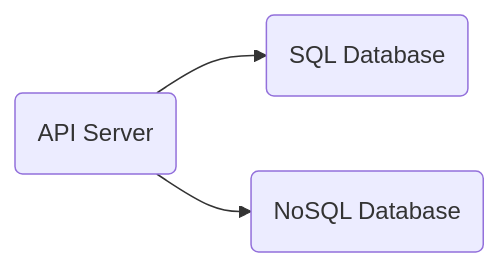
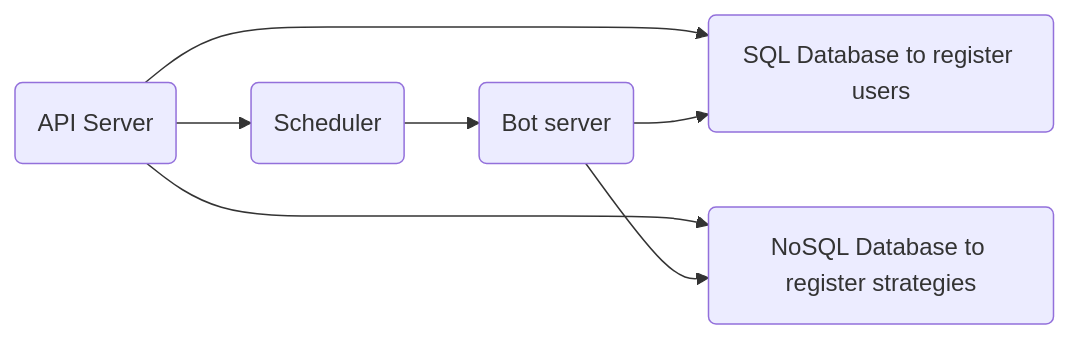
The diagram in README.md (timothy-leong/alphalove), drawn with Mermaid before and after one commit. The commit also changed other lines of this file and 10 other files, not shown here.

````diff
--- a/README.md
+++ b/README.md
@@ -9,7 +9,12 @@
 ```mermaid
 
     graph LR;
-    
-    B(API Server) --> D1(SQL Database)
-    B --> D2(NoSQL Database)
+    B(API Server) --> D1(SQL Database to register users)
+    B --> D2(NoSQL Database to register strategies)
+    C(Bot server)
+    D(Scheduler)
+    B --> D
+    D --> C
+    C --> D1
+    C --> D2
 ```
````
